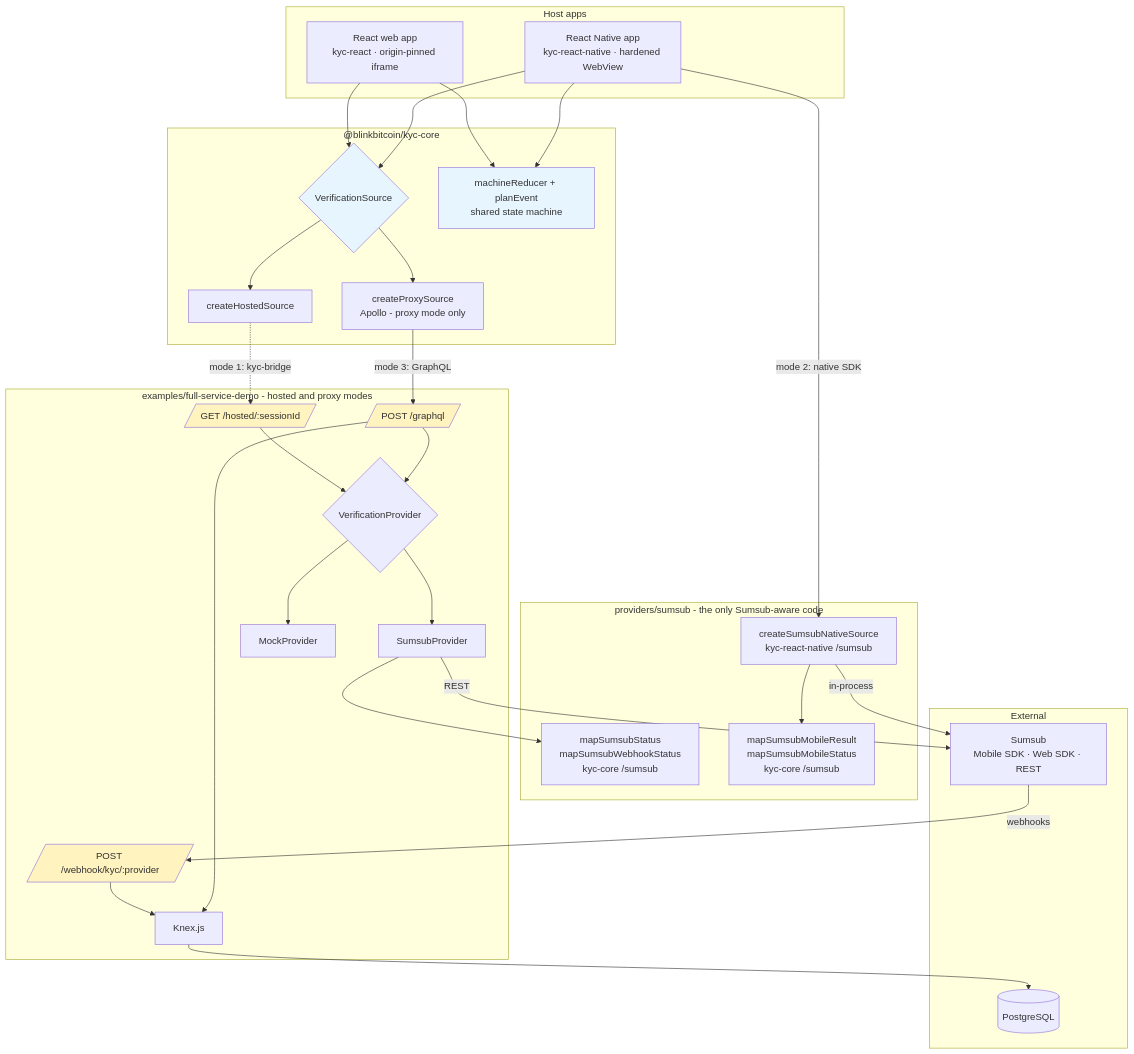
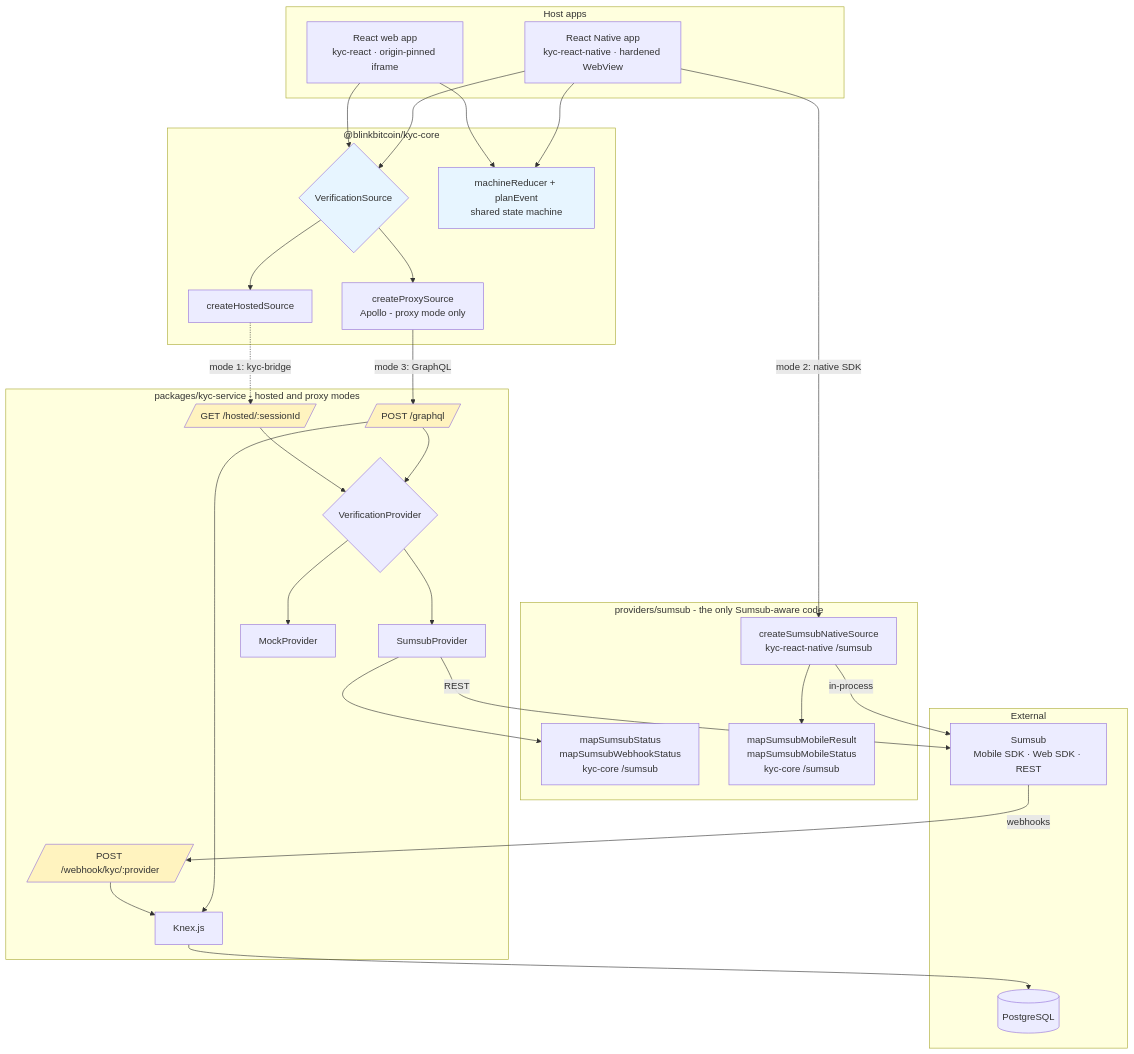
Before and after one commit to blinkbitcoin/kyc: the diagram in docs/diagrams/src/system-architecture.mmd, drawn with Mermaid. The commit also changed 273 other files, not shown here.

First line of the commit message:
feat(node)!: rename kyc-server to kyc-node and promote the service package (#9)

```diff
--- a/docs/diagrams/src/system-architecture.mmd
+++ b/docs/diagrams/src/system-architecture.mmd
@@ -1,59 +1,59 @@
 flowchart TB
     subgraph Hosts["Host apps"]
         RN[React Native app<br/>kyc-react-native · hardened WebView]
         WEB[React web app<br/>kyc-react · origin-pinned iframe]
     end
 
     subgraph Core["@blinkbitcoin/kyc-core"]
         SRC{VerificationSource}
         MACHINE[machineReducer + planEvent<br/>shared state machine]
         HOSTED[createHostedSource]
         PROXY[createProxySource<br/>Apollo - proxy mode only]
     end
 
     subgraph Sumsub["providers/sumsub - the only Sumsub-aware code"]
         MAP[mapSumsubStatus<br/>mapSumsubWebhookStatus<br/>kyc-core /sumsub]
         NATIVEMAP[mapSumsubMobileResult<br/>mapSumsubMobileStatus<br/>kyc-core /sumsub]
         NATIVE[createSumsubNativeSource<br/>kyc-react-native /sumsub]
     end
 
-    subgraph Backend["examples/full-service-demo - hosted and proxy modes"]
+    subgraph Backend["packages/kyc-service - hosted and proxy modes"]
         GQL[/"POST /graphql"/]
         PAGE[/"GET /hosted/:sessionId"/]
         WH[/"POST /webhook/kyc/:provider"/]
         PROV{VerificationProvider}
         SUMP[SumsubProvider]
         MOCK[MockProvider]
         KNEX[Knex.js]
     end
 
     subgraph External["External"]
         SDK[Sumsub<br/>Mobile SDK · Web SDK · REST]
         DB[(PostgreSQL)]
     end
 
     RN --> SRC
     WEB --> SRC
     RN --> MACHINE
     WEB --> MACHINE
     SRC --> HOSTED & PROXY
     RN -- "mode 2: native SDK" --> NATIVE
     NATIVE --> NATIVEMAP
     NATIVE -- "in-process" --> SDK
     HOSTED -. "mode 1: kyc-bridge" .-> PAGE
     PROXY -- "mode 3: GraphQL" --> GQL
     GQL --> PROV
     PAGE --> PROV
     PROV --> SUMP & MOCK
     SUMP --> MAP
     SUMP -- "REST" --> SDK
     SDK -- "webhooks" --> WH
     GQL --> KNEX
     WH --> KNEX
     KNEX --> DB
 
     style SRC fill:#e7f5ff
     style MACHINE fill:#e7f5ff
     style GQL fill:#fff3bf
     style PAGE fill:#fff3bf
     style WH fill:#fff3bf
```
